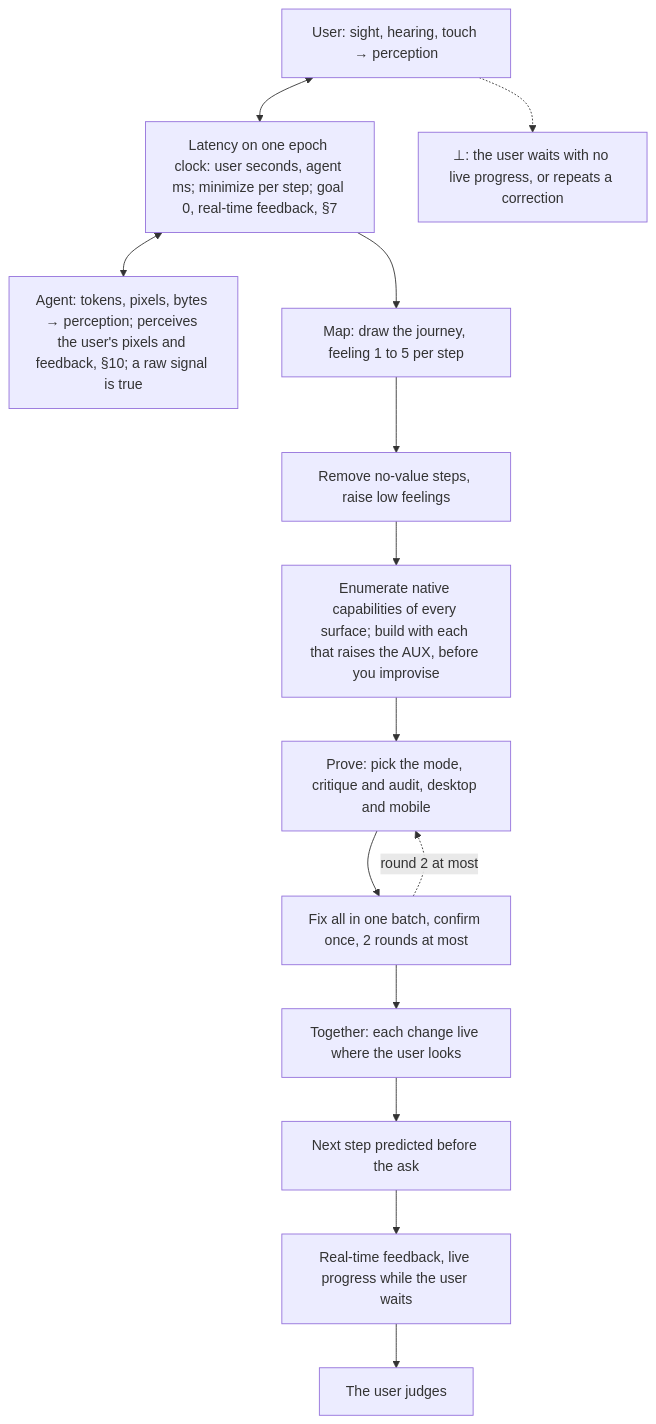
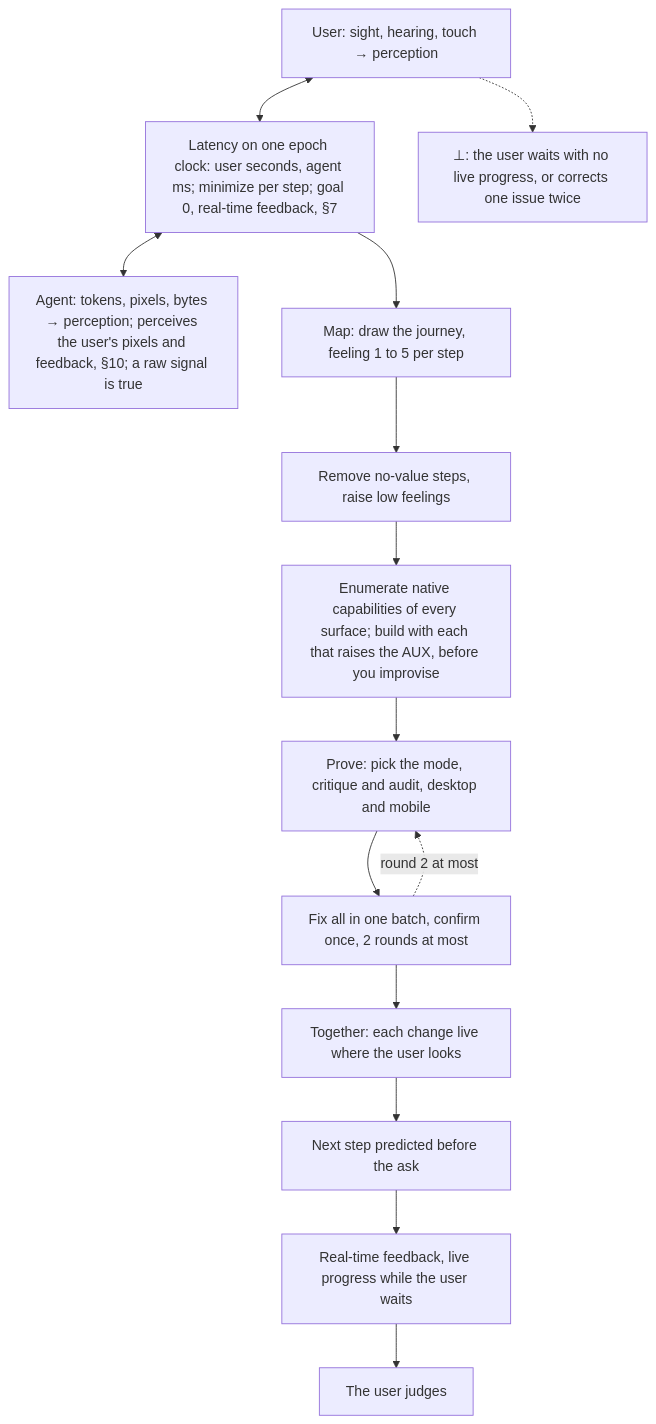
Before and after one commit to SolenixAI/arbiter: the third of 14 diagrams in AGENTS.md, drawn with Mermaid. The commit also changed other lines of this file, not shown here.

````diff
--- a/AGENTS.md
+++ b/AGENTS.md
@@ -158,15 +158,15 @@
 ```mermaid
 flowchart TD
   US["User: sight, hearing, touch → perception"] <--> LT["Latency on one epoch clock: user seconds, agent ms; minimize per step; goal 0, real-time feedback, §7"] <--> AG["Agent: tokens, pixels, bytes → perception; perceives the user's pixels and feedback, §10; a raw signal is true"]
   LT --> M
   M["Map: draw the journey, feeling 1 to 5 per step"] --> R["Remove no-value steps, raise low feelings"]
   R --> B["Enumerate native capabilities of every surface; build with each that raises the AUX, before you improvise"]
   B --> P["Prove: pick the mode, critique and audit, desktop and mobile"]
   P --> F["Fix all in one batch, confirm once, 2 rounds at most"]
   F -.->|round 2 at most| P
   F --> T["Together: each change live where the user looks"]
   T --> N["Next step predicted before the ask"]
   N --> RT["Real-time feedback, live progress while the user waits"]
   RT --> J["The user judges"]
-  US -.-> BOT["⊥: the user waits with no live progress, or repeats a correction"]
+  US -.-> BOT["⊥: the user waits with no live progress, or corrects one issue twice"]
 ```
````
